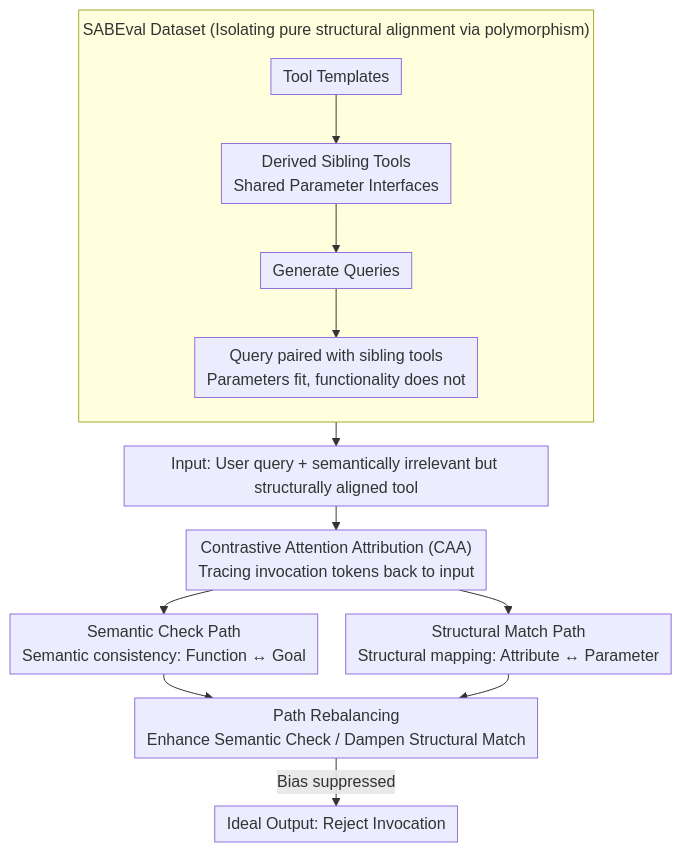
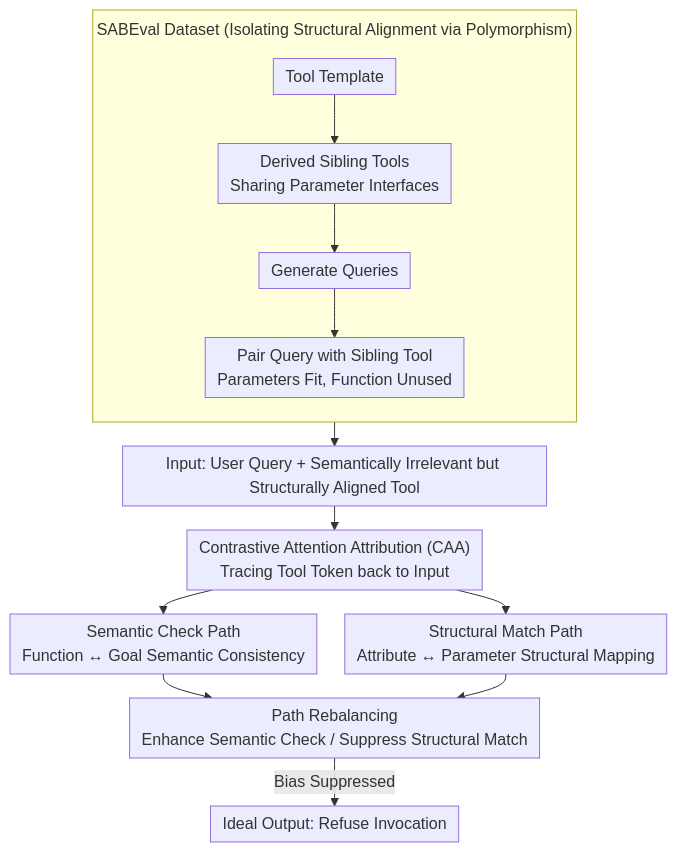
The diagram in docs/ACL2026/interpretability/do_llms_know_tool_irrelevance_demystifying_structural_alignment_bias_in_tool_inv.md (zhaoyang97/Paper-Notes-en), drawn with Mermaid before and after one commit. The commit also changed other lines of this file and 5084 other files, not shown here.

````diff
--- a/docs/ACL2026/interpretability/do_llms_know_tool_irrelevance_demystifying_structural_alignment_bias_in_tool_inv.md
+++ b/docs/ACL2026/interpretability/do_llms_know_tool_irrelevance_demystifying_structural_alignment_bias_in_tool_inv.md
@@ -42,16 +42,16 @@
 ```mermaid
 %%{init: {'flowchart': {'rankSpacing': 24, 'nodeSpacing': 28, 'padding': 6, 'wrappingWidth': 400, 'subGraphTitleMargin': {'top': 8, 'bottom': 16}}}}%%
 flowchart TD
-    subgraph SAB["SABEval Dataset (Isolating pure structural alignment via polymorphism)"]
+    subgraph SAB["SABEval Dataset (Isolating Structural Alignment via Polymorphism)"]
         direction TB
-        A["Tool Templates"] --> B["Derived Sibling Tools<br/>Shared Parameter Interfaces"]
-        B --> C["Generate Queries"] --> D["Query paired with sibling tools<br/>Parameters fit, functionality does not"]
+        A["Tool Template"] --> B["Derived Sibling Tools<br/>Sharing Parameter Interfaces"]
+        B --> C["Generate Queries"] --> D["Pair Query with Sibling Tool<br/>Parameters Fit, Function Unused"]
     end
-    D --> E["Input: User query + semantically irrelevant but structurally aligned tool"]
-    E --> CAA["Contrastive Attention Attribution (CAA)<br/>Tracing invocation tokens back to input"]
-    CAA --> F["Semantic Check Path<br/>Semantic consistency: Function ↔ Goal"]
-    CAA --> G["Structural Match Path<br/>Structural mapping: Attribute ↔ Parameter"]
-    F --> H["Path Rebalancing<br/>Enhance Semantic Check / Dampen Structural Match"]
+    D --> E["Input: User Query + Semantically Irrelevant but Structurally Aligned Tool"]
+    E --> CAA["Contrastive Attention Attribution (CAA)<br/>Tracing Tool Token back to Input"]
+    CAA --> F["Semantic Check Path<br/>Function ↔ Goal Semantic Consistency"]
+    CAA --> G["Structural Match Path<br/>Attribute ↔ Parameter Structural Mapping"]
+    F --> H["Path Rebalancing<br/>Enhance Semantic Check / Suppress Structural Match"]
     G --> H
-    H -->|Bias suppressed| I["Ideal Output: Reject Invocation"]
+    H -->|Bias Suppressed| I["Ideal Output: Refuse Invocation"]
 ```
````
